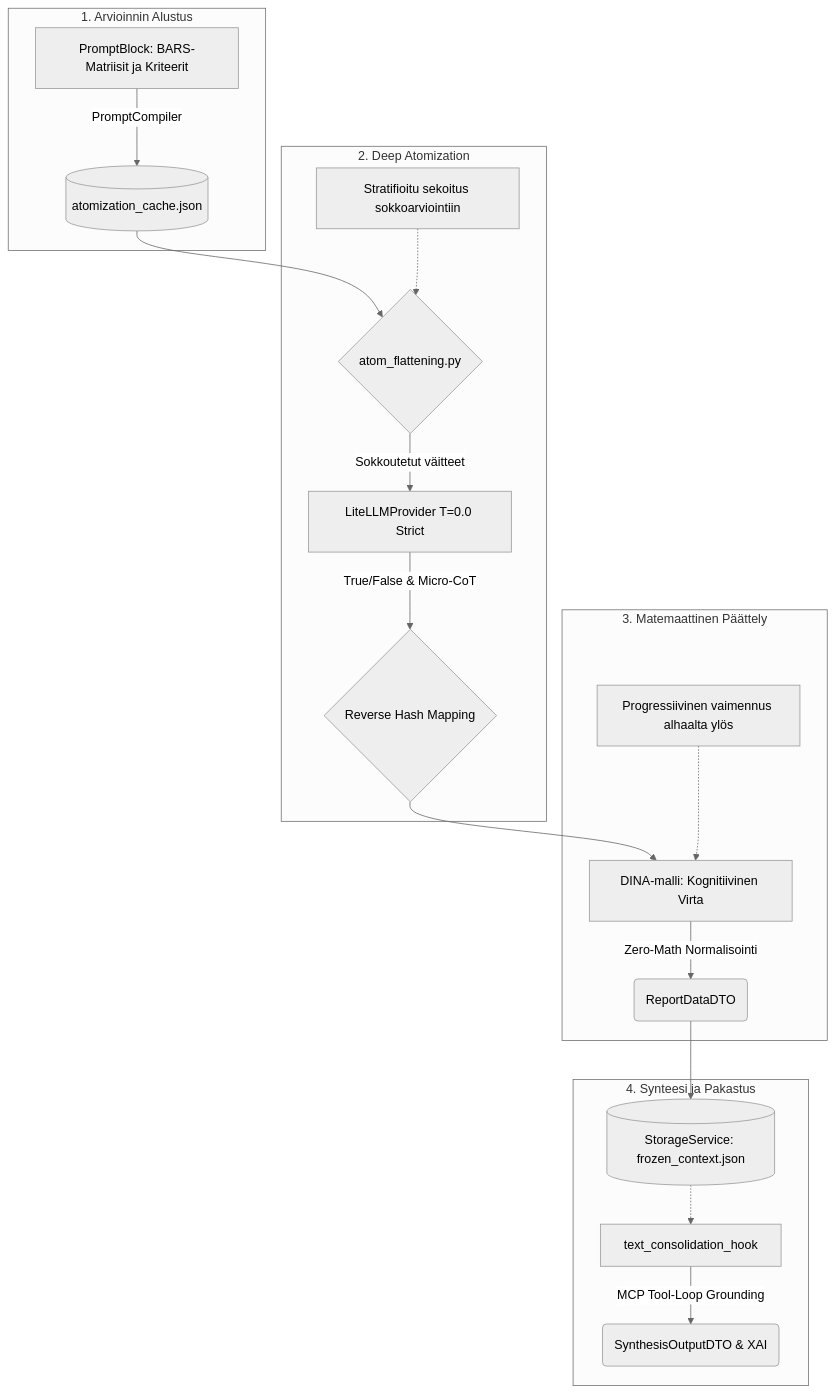
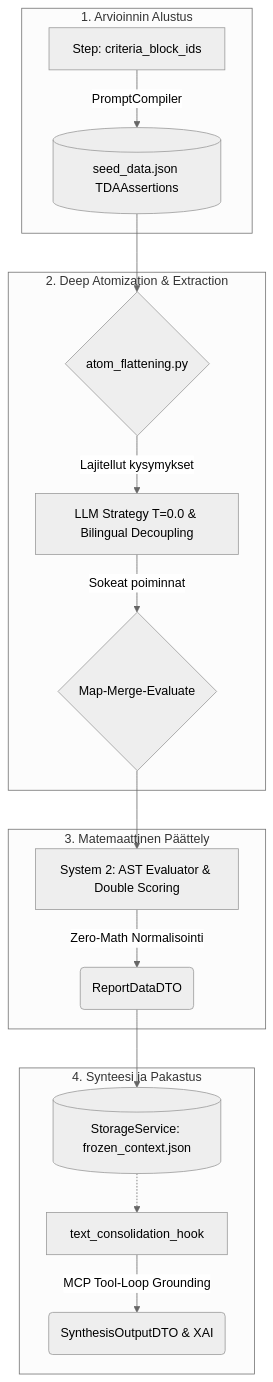
The first of 2 diagrams in docs/architecture/06_evaluation_and_scoring.md (launis/quorum), drawn with Mermaid (neutral theme) before and after one commit. The commit also changed other lines of this file and 84 other files, not shown here.

Commit message:
feat: implement V2 core architecture including orchestrator strategies, domain models, and unified enum-based system definitions.

````diff
--- a/docs/architecture/06_evaluation_and_scoring.md
+++ b/docs/architecture/06_evaluation_and_scoring.md
@@ -9,25 +9,23 @@
 ```mermaid
 graph TD
     subgraph SG1["1. Arvioinnin Alustus"]
-        A["PromptBlock: BARS-Matriisit ja Kriteerit"] -->|PromptCompiler| B[("atomization_cache.json")]
+        A["Step: criteria_block_ids"] -->|PromptCompiler| B[("seed_data.json TDAAssertions")]
     end
 
-    subgraph SG2["2. Deep Atomization"]
+    subgraph SG2["2. Deep Atomization & Extraction"]
         B --> C{"atom_flattening.py"}
-        note1["Stratifioitu sekoitus sokkoarviointiin"] -.-> C
-        C -- "Sokkoutetut väitteet" --> D["LiteLLMProvider T=0.0 Strict"]
-        D -- "True/False & Micro-CoT" --> E{"Reverse Hash Mapping"}
+        C -- "Lajitellut kysymykset" --> D["LLM Strategy T=0.0 & Bilingual Decoupling"]
+        D -- "Sokeat poiminnat" --> E{"Map-Merge-Evaluate"}
     end
 
     subgraph SG3["3. Matemaattinen Päättely"]
-        E --> F["DINA-malli: Kognitiivinen Virta"]
-        note2["Progressiivinen vaimennus alhaalta ylös"] -.-> F
+        E --> F["System 2: AST Evaluator & Double Scoring"]
         F -- "Zero-Math Normalisointi" --> G("ReportDataDTO")
     end
 
     subgraph SG4["4. Synteesi ja Pakastus"]
         G --> H[("StorageService: frozen_context.json")]
         H -.-> I["text_consolidation_hook"]
         I -- "MCP Tool-Loop Grounding" --> J("SynthesisOutputDTO & XAI")
     end
 ```
````
